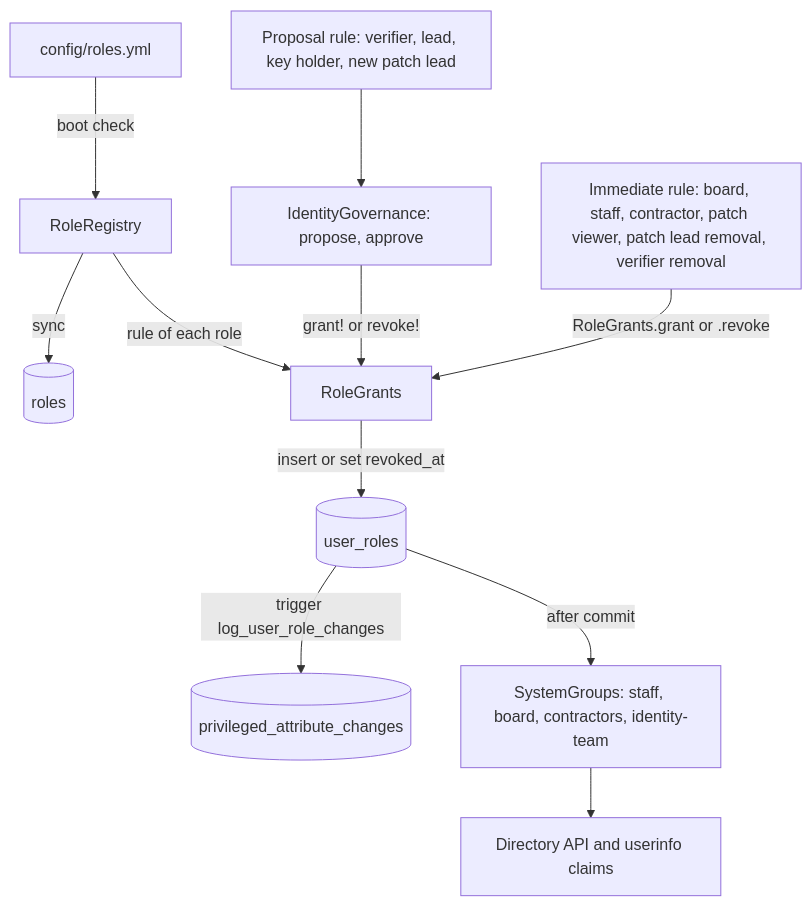
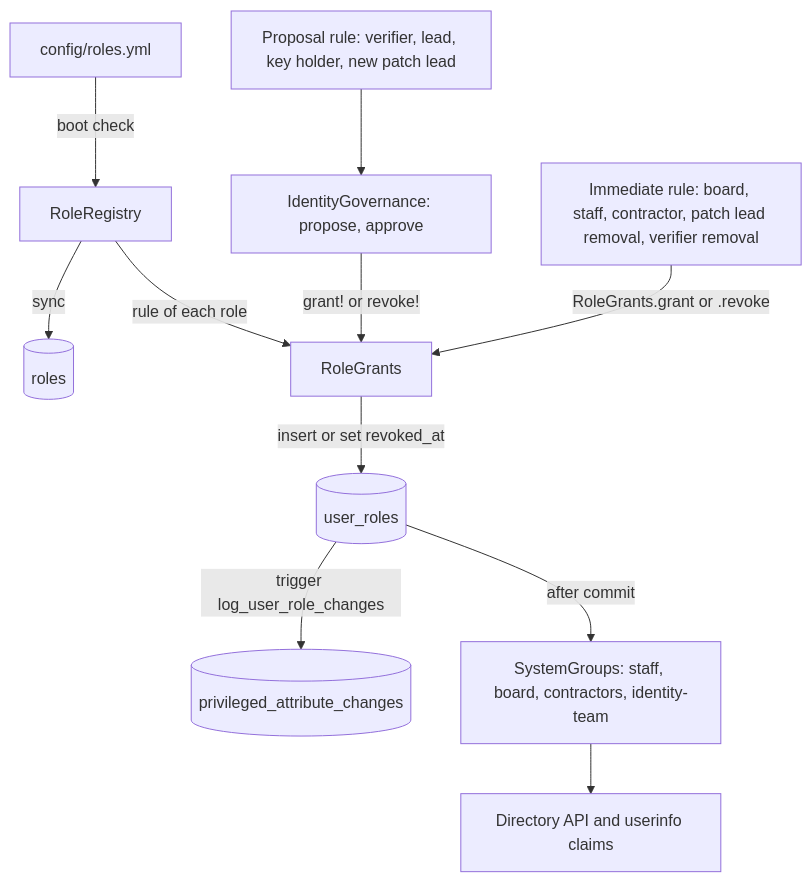
One commit to patchworklabsorg/weave changed the eighth of 27 diagrams in docs/KYC.md. Above: the diagram before and after it, drawn with Mermaid. The commit also changed other lines of this file and 29 other files, not shown here.

Commit message:
feat: replace the patch viewer role with roles that each patch defines

````diff
--- a/docs/KYC.md
+++ b/docs/KYC.md
@@ -425,13 +424,13 @@
 ```mermaid
 flowchart TD
   C[config/roles.yml] -->|boot check| R[RoleRegistry]
   R -->|sync| RT[(roles)]
   R -->|rule of each role| G[RoleGrants]
   P[Proposal rule: verifier, lead, key holder, new patch lead] --> IG[IdentityGovernance: propose, approve]
   IG -->|grant! or revoke!| G
-  I[Immediate rule: board, staff, contractor, patch viewer, patch lead removal, verifier removal] -->|RoleGrants.grant or .revoke| G
+  I[Immediate rule: board, staff, contractor, patch lead removal, verifier removal] -->|RoleGrants.grant or .revoke| G
   G -->|insert or set revoked_at| UR[(user_roles)]
   UR -->|trigger log_user_role_changes| L[(privileged_attribute_changes)]
   UR -->|after commit| SG[SystemGroups: staff, board, contractors, identity-team]
   SG --> D[Directory API and userinfo claims]
 ```
````
